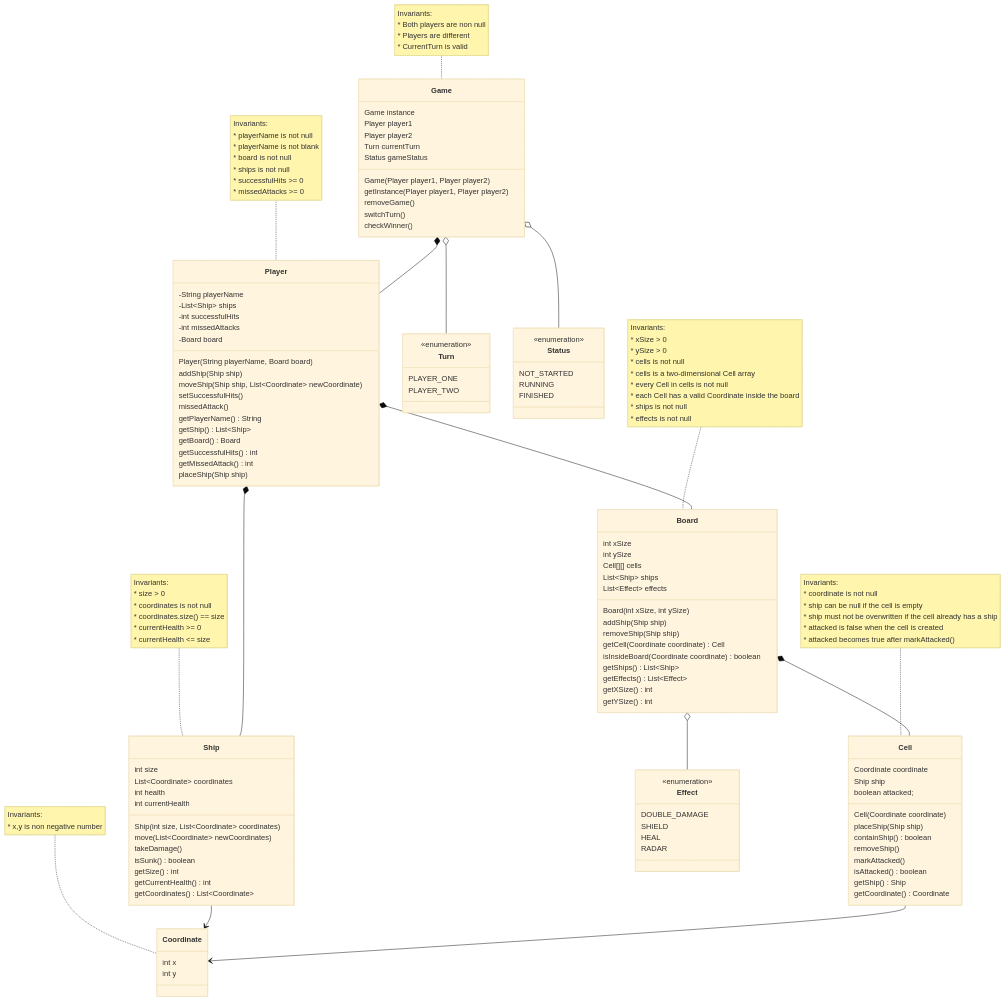
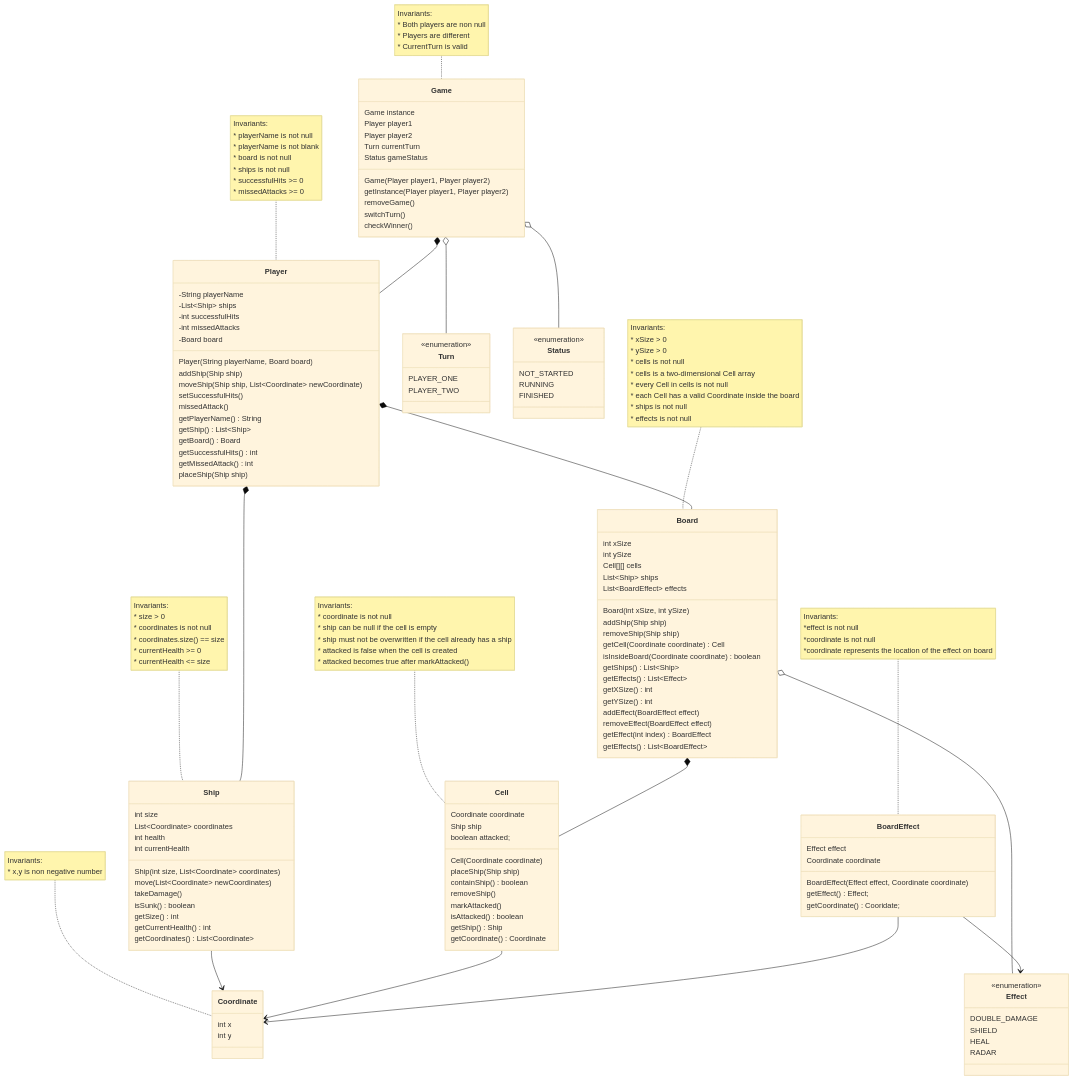
The diagram in README.md (ThienTang923/COMP-2450-Battleship), drawn with Mermaid (base theme) before and after one commit.

Commit message:
filling the switch case with some created method and uncreated, adding showShips and showEffects method to show the ouput

````diff
--- a/README.md
+++ b/README.md
@@ -99,7 +99,7 @@
         int ySize
         Cell[][] cells
         List~Ship~ ships
-        List~Effect~ effects
+        List~BoardEffect~ effects
         
         Board(int xSize, int ySize)
         addShip(Ship ship)
@@ -110,6 +110,10 @@
         getEffects() List~Effect~
         getXSize() int
         getYSize() int
+        addEffect(BoardEffect effect)
+        removeEffect(BoardEffect effect)
+        getEffect(int index) BoardEffect
+        getEffects() List~BoardEffect~
     }
 
     note for Board "Invariants:
@@ -122,7 +126,20 @@
         * ships is not null
         * effects is not null
     "
-
+    class BoardEffect {
+        Effect effect
+        Coordinate coordinate
+        
+        BoardEffect(Effect effect, Coordinate coordinate)
+        getEffect() Effect;
+        getCoordinate() Cooridate;
+    }
+    
+    note for BoardEffect "Invariants: 
+        *effect is not null 
+        *coordinate is not null
+        *coordinate represents the location of the effect on board
+    "
     class Ship {
         int size
         List~Coordinate~ coordinates
@@ -227,4 +244,6 @@
     Board o-- Effect
     Game o-- Turn
     Game o-- Status
+    BoardEffect --> Effect
+    BoardEffect --> Coordinate
 ```
````
